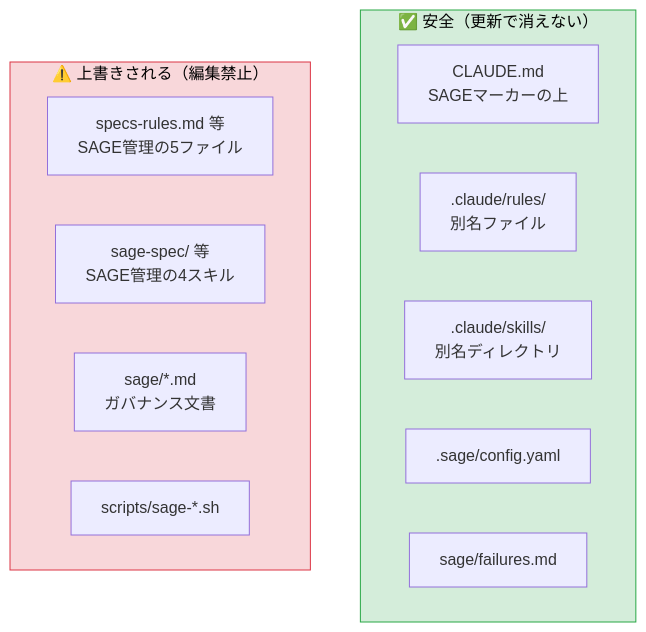
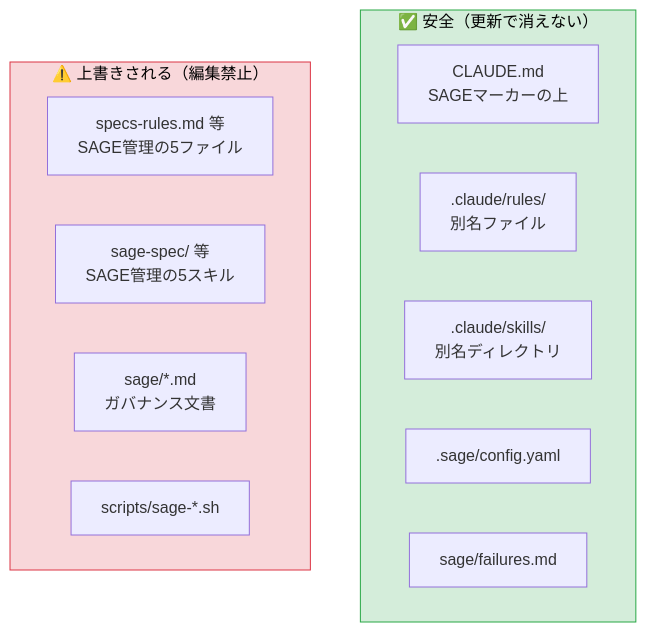
Before and after one commit to heidayo/sage-ai-template: the sixth of 9 diagrams in README.md, drawn with Mermaid. The commit also changed other lines of this file and 14 other files, not shown here.

````diff
--- a/README.md
+++ b/README.md
@@ -270,20 +284,20 @@
 ```mermaid
 graph TD
     subgraph SAFE["✅ 安全（更新で消えない）"]
         A["CLAUDE.md<br/>SAGEマーカーの上"]
         B[".claude/rules/<br/>別名ファイル"]
         C[".claude/skills/<br/>別名ディレクトリ"]
         D[".sage/config.yaml"]
         E["sage/failures.md"]
     end
 
     subgraph DANGER["⚠️ 上書きされる（編集禁止）"]
         F["specs-rules.md 等<br/>SAGE管理の5ファイル"]
-        G["sage-spec/ 等<br/>SAGE管理の4スキル"]
+        G["sage-spec/ 等<br/>SAGE管理の5スキル"]
         H["sage/*.md<br/>ガバナンス文書"]
         I["scripts/sage-*.sh"]
     end
 
     style SAFE fill:#d4edda,stroke:#28a745,color:#000
     style DANGER fill:#f8d7da,stroke:#dc3545,color:#000
 ```
````
